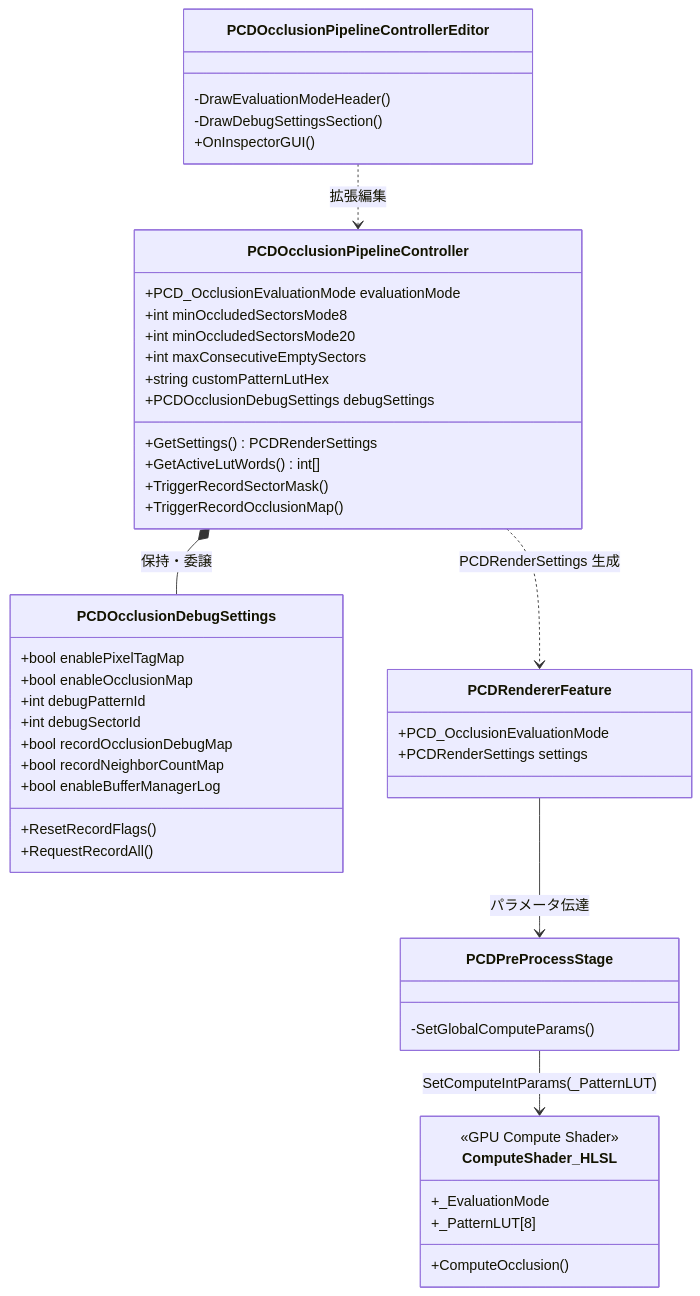
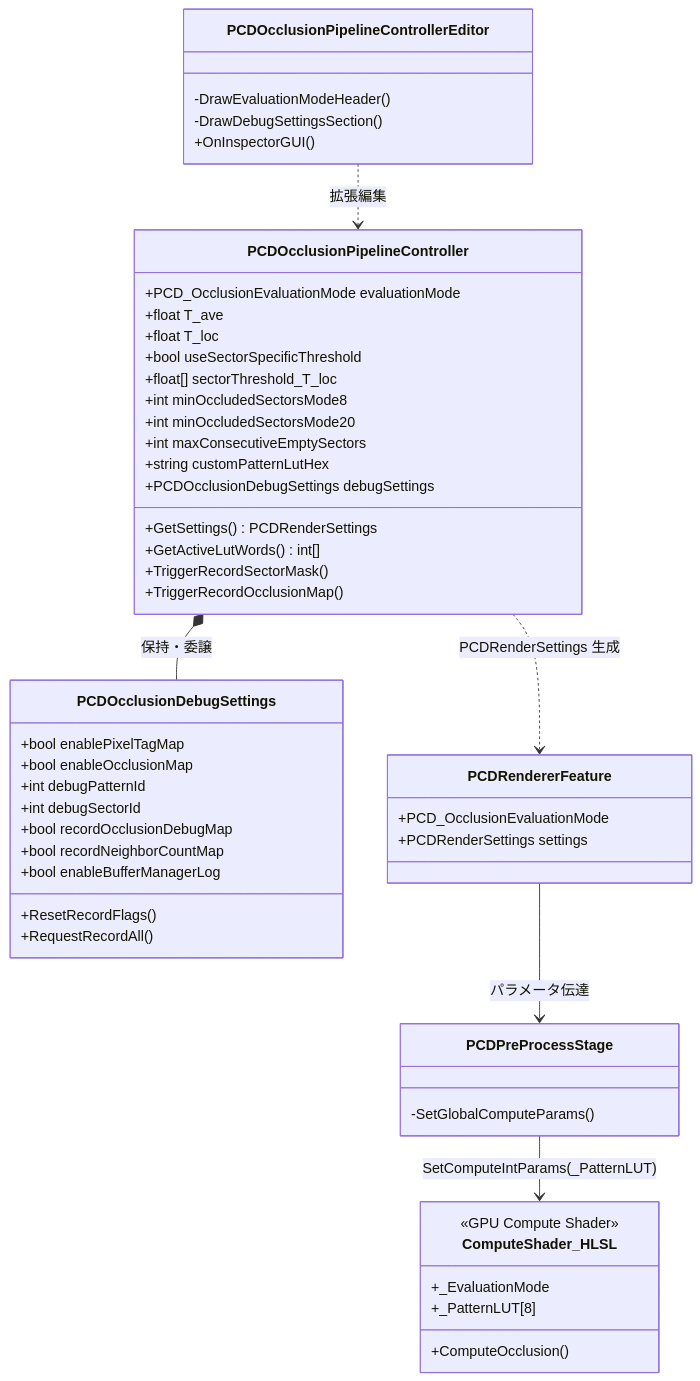
One commit to kotetsuOU/RealTimeOcclusionDemo changed the first of 2 diagrams in Docs/OcclusionRendering.md. Above: the diagram before and after it, drawn with Mermaid. The commit also changed other lines of this file and 329 other files, not shown here.

````diff
--- a/Docs/OcclusionRendering.md
+++ b/Docs/OcclusionRendering.md
@@ -80,57 +80,61 @@
 ```mermaid
 classDiagram
     direction TB
 
     class PCDOcclusionPipelineController {
         +PCD_OcclusionEvaluationMode evaluationMode
+        +float T_ave
+        +float T_loc
+        +bool useSectorSpecificThreshold
+        +float[] sectorThreshold_T_loc
         +int minOccludedSectorsMode8
         +int minOccludedSectorsMode20
         +int maxConsecutiveEmptySectors
         +string customPatternLutHex
         +PCDOcclusionDebugSettings debugSettings
         +GetSettings() PCDRenderSettings
         +GetActiveLutWords() int[]
         +TriggerRecordSectorMask()
         +TriggerRecordOcclusionMap()
     }
 
     class PCDOcclusionDebugSettings {
         +bool enablePixelTagMap
         +bool enableOcclusionMap
         +int debugPatternId
         +int debugSectorId
         +bool recordOcclusionDebugMap
         +bool recordNeighborCountMap
         +bool enableBufferManagerLog
         +ResetRecordFlags()
         +RequestRecordAll()
     }
 
     class PCDOcclusionPipelineControllerEditor {
         -DrawEvaluationModeHeader()
         -DrawDebugSettingsSection()
         +OnInspectorGUI()
     }
 
     class PCDRendererFeature {
         +PCD_OcclusionEvaluationMode
         +PCDRenderSettings settings
     }
 
     class PCDPreProcessStage {
         -SetGlobalComputeParams()
     }
 
     class ComputeShader_HLSL {
         <<GPU Compute Shader>>
         +_EvaluationMode
         +_PatternLUT[8]
         +ComputeOcclusion()
     }
 
     PCDOcclusionPipelineController *-- PCDOcclusionDebugSettings : 保持・委譲
     PCDOcclusionPipelineControllerEditor ..> PCDOcclusionPipelineController : 拡張編集
     PCDOcclusionPipelineController ..> PCDRendererFeature : PCDRenderSettings 生成
     PCDRendererFeature --> PCDPreProcessStage : パラメータ伝達
     PCDPreProcessStage --> ComputeShader_HLSL : SetComputeIntParams(_PatternLUT)
 ```
````
